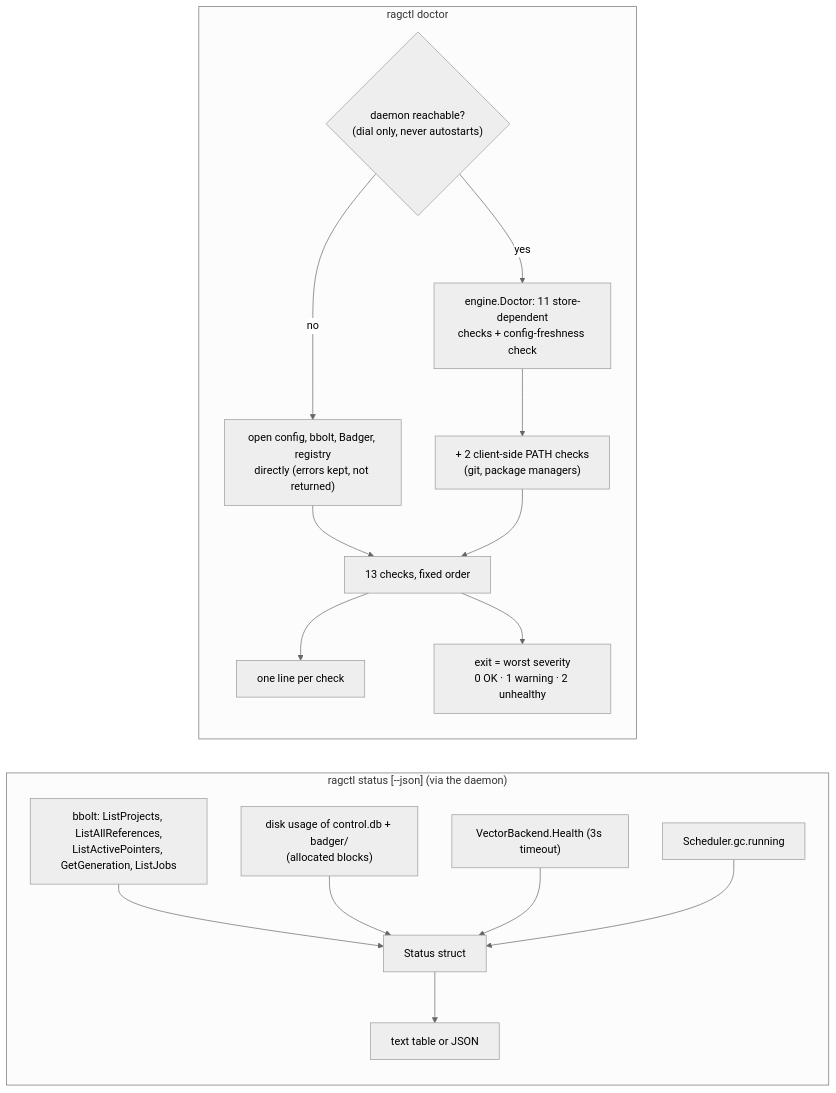
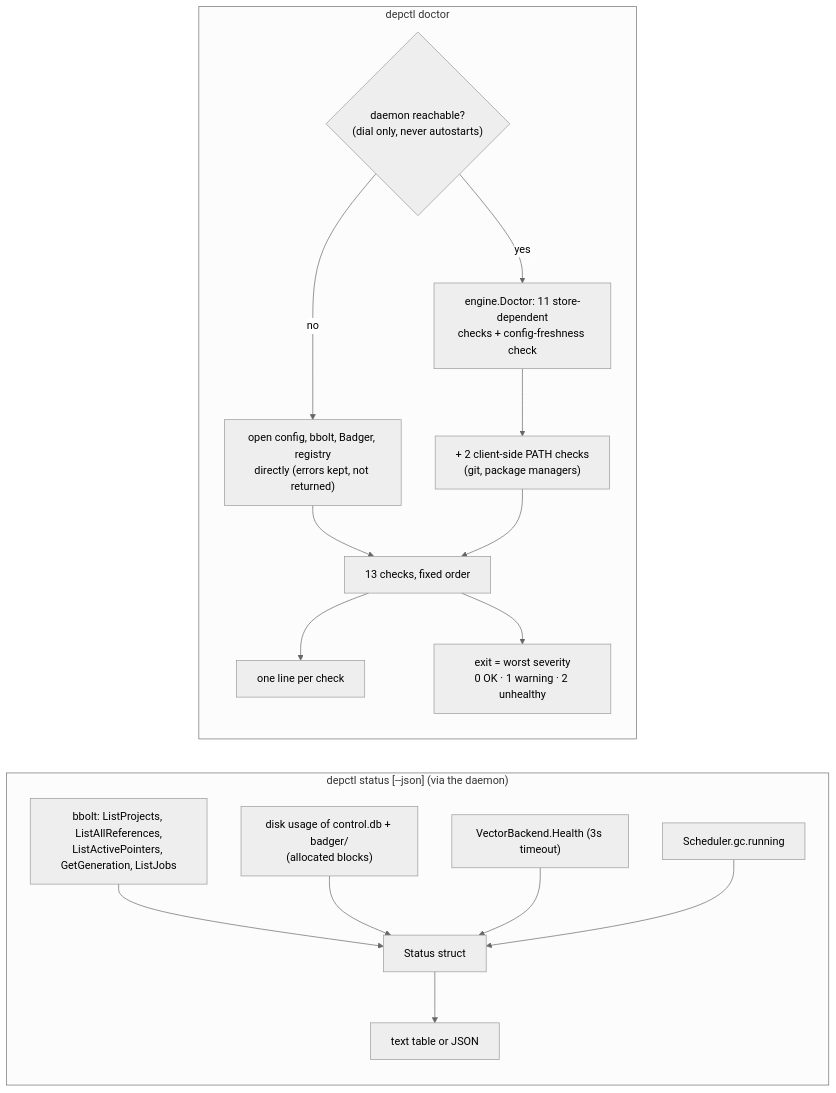
Diagram 11 of 16 in docs/architecture.md (aleutian-ai/depctl), drawn with Mermaid (neutral theme) before and after one commit. The commit also changed other lines of this file and 588 other files, not shown here.

Commit message:
Rename ragctl to depctl: binary, module github.com/aleutian-ai/depctl, paths, env vars, metrics, MCP name, docs

````diff
--- a/docs/architecture.md
+++ b/docs/architecture.md
@@ -481,20 +481,20 @@
 ```mermaid
 flowchart LR
-    subgraph status["ragctl status [--json] (via the daemon)"]
+    subgraph status["depctl status [--json] (via the daemon)"]
         S1["bbolt: ListProjects, ListAllReferences,<br/>ListActivePointers, GetGeneration, ListJobs"] --> S2["Status struct"]
         S3["disk usage of control.db + badger/<br/>(allocated blocks)"] --> S2
         S4["VectorBackend.Health (3s timeout)"] --> S2
         S5b["Scheduler.gc.running"] --> S2
         S2 --> S5["text table or JSON"]
     end
-    subgraph doctor["ragctl doctor"]
+    subgraph doctor["depctl doctor"]
         D0{"daemon reachable?<br/>(dial only, never autostarts)"}
         D0 -->|yes| D1a["engine.Doctor: 11 store-dependent<br/>checks + config-freshness check"]
         D0 -->|no| D1b["open config, bbolt, Badger, registry<br/>directly (errors kept, not returned)"]
         D1a --> D1c["+ 2 client-side PATH checks<br/>(git, package managers)"]
         D1b --> D2["13 checks, fixed order"]
         D1c --> D2
         D2 --> D3["one line per check"]
         D2 --> D4["exit = worst severity<br/>0 OK · 1 warning · 2 unhealthy"]
     end
 ```
````
